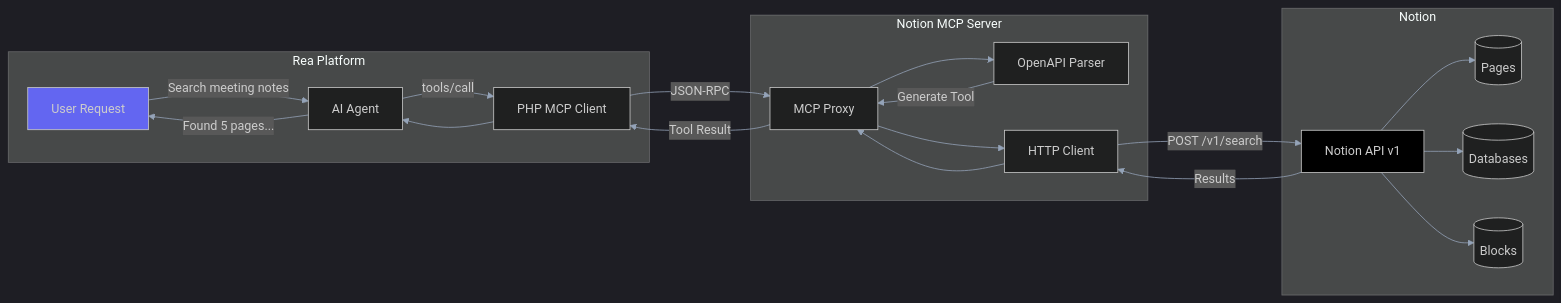
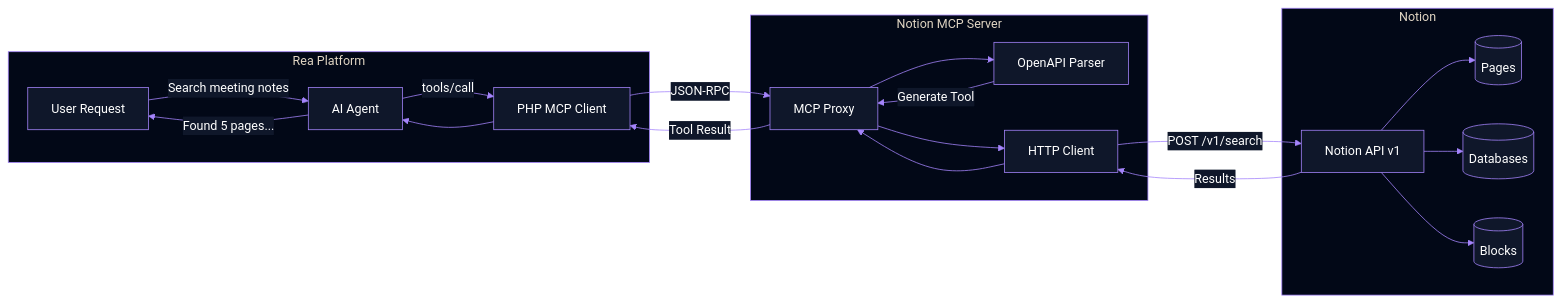
The diagram in docs/assets/diagrams/notion-mcp-flow.mmd (rmonsurate/rea-mcp-docs), drawn with Mermaid before and after one commit. The commit also changed 24 other files, not shown here.

Commit message:
Update diagrams with Rea brand colors, add lightbox, improve resolution

```diff
--- a/docs/assets/diagrams/notion-mcp-flow.mmd
+++ b/docs/assets/diagrams/notion-mcp-flow.mmd
@@ -1,39 +1,36 @@
-%%{init: {'theme': 'dark', 'themeVariables': { 'primaryColor': '#6366f1', 'primaryTextColor': '#fff', 'primaryBorderColor': '#818cf8', 'lineColor': '#94a3b8', 'secondaryColor': '#1e293b', 'tertiaryColor': '#334155'}}}%%
+%%{init: {'theme': 'base', 'themeVariables': { 'primaryColor': '#a484fb', 'primaryTextColor': '#ffffff', 'primaryBorderColor': '#a484fb', 'secondaryColor': '#22c55a', 'secondaryTextColor': '#ffffff', 'tertiaryColor': '#1e293b', 'lineColor': '#a484fb', 'textColor': '#f8fafc', 'mainBkg': '#0f172a', 'nodeBorder': '#a484fb', 'clusterBkg': '#020817', 'clusterBorder': '#a484fb', 'nodeTextColor': '#ffffff', 'edgeLabelBackground': '#0f172a'}}}%%
 flowchart LR
     subgraph Rea["Rea Platform"]
-        User[User Request]
-        Agent[AI Agent]
-        Client[PHP MCP Client]
+        User["User Request"]
+        Agent["AI Agent"]
+        Client["PHP MCP Client"]
     end
 
     subgraph MCP["Notion MCP Server"]
-        Parser[OpenAPI Parser]
-        Proxy[MCP Proxy]
-        HTTP[HTTP Client]
+        Parser["OpenAPI Parser"]
+        Proxy["MCP Proxy"]
+        HTTP["HTTP Client"]
     end
 
     subgraph Notion["Notion"]
-        API[Notion API v1]
-        Pages[(Pages)]
-        DBs[(Databases)]
-        Blocks[(Blocks)]
+        API["Notion API v1"]
+        Pages[("Pages")]
+        DBs[("Databases")]
+        Blocks[("Blocks")]
     end
 
     User -->|"Search meeting notes"| Agent
     Agent -->|tools/call| Client
     Client -->|JSON-RPC| Proxy
     Proxy --> Parser
     Parser -->|Generate Tool| Proxy
     Proxy --> HTTP
     HTTP -->|POST /v1/search| API
     API --> Pages
     API --> DBs
     API --> Blocks
     API -->|Results| HTTP
     HTTP --> Proxy
     Proxy -->|Tool Result| Client
     Client --> Agent
     Agent -->|"Found 5 pages..."| User
-
-    style User fill:#6366f1
-    style API fill:#000000
```
